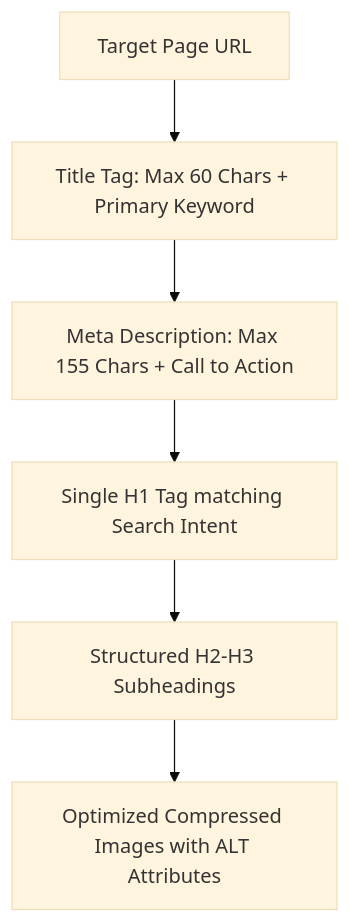
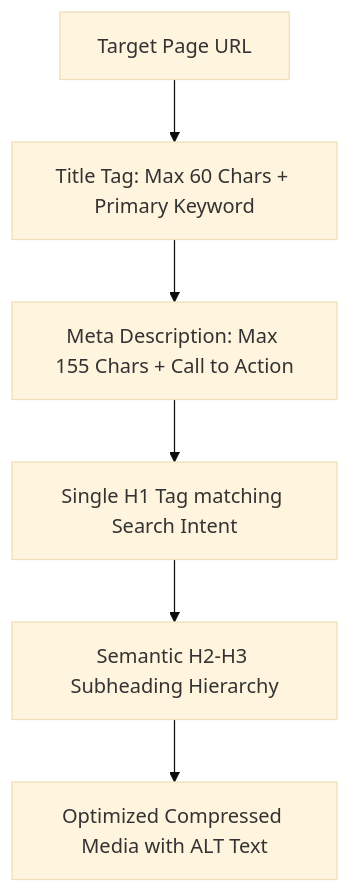
Before and after one commit to seoerai/seo: the diagram in on-page-seo/README.md, drawn with Mermaid (base theme). The commit also changed other lines of this file and 8 other files, not shown here.

````diff
--- a/on-page-seo/README.md
+++ b/on-page-seo/README.md
@@ -11,8 +11,8 @@
 ```mermaid
 flowchart TD
     A[Target Page URL] --> B[Title Tag: Max 60 Chars + Primary Keyword]
     B --> C[Meta Description: Max 155 Chars + Call to Action]
     C --> D[Single H1 Tag matching Search Intent]
-    D --> E[Structured H2-H3 Subheadings]
-    E --> F[Optimized Compressed Images with ALT Attributes]
+    D --> E[Semantic H2-H3 Subheading Hierarchy]
+    E --> F[Optimized Compressed Media with ALT Text]
 ```
````
